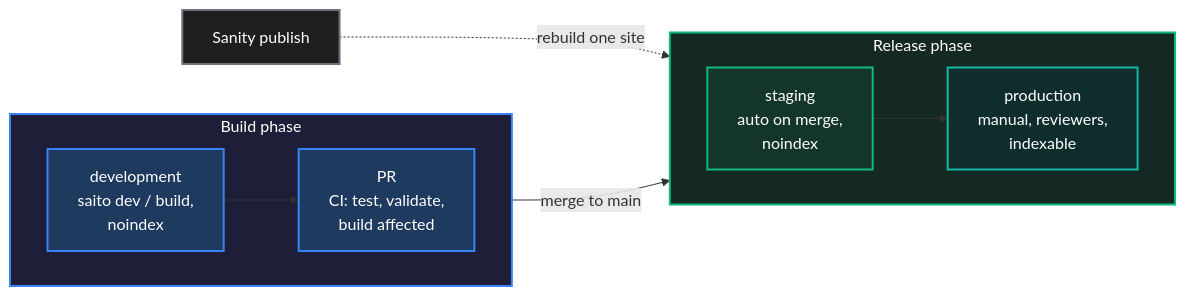
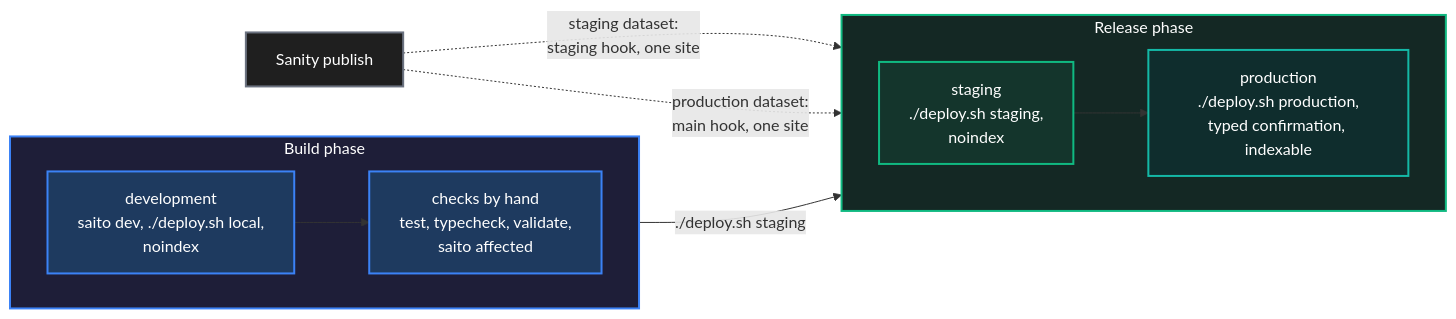
Diagram 18 of 21 in README.md (Gualtix/saito-builder), drawn with Mermaid before and after one commit. The commit also changed other lines of this file and 9 other files, not shown here.

Commit message:
fix: updated deploy.sh to local deploy

````diff
--- a/README.md
+++ b/README.md
@@ -747,26 +775,27 @@
 ```mermaid
 flowchart LR
   classDef blue  fill:#1e3a5f,stroke:#3b82f6,stroke-width:2px,color:#ffffff,filter:none
   classDef green fill:#14352c,stroke:#10b981,stroke-width:2px,color:#ffffff,filter:none
   classDef red   fill:#3b1a1a,stroke:#ef4444,stroke-width:2px,color:#ffffff,filter:none
   classDef teal  fill:#0f2d2d,stroke:#14b8a6,stroke-width:2px,color:#ffffff,filter:none
   classDef gray  fill:#1f1f1f,stroke:#6b7280,stroke-width:2px,color:#ffffff,filter:none
 
   subgraph Build["Build phase"]
     direction LR
-    L1["development<br>saito dev / build,<br>noindex"] --> L2["PR<br>CI: test, validate,<br>build affected"]
+    L1["development<br>saito dev, ./deploy.sh local,<br>noindex"] --> L2["checks by hand<br>test, typecheck, validate,<br>saito affected"]
   end
   subgraph Prod["Release phase"]
     direction LR
-    R1["staging<br>auto on merge,<br>noindex"] --> R2["production<br>manual, reviewers,<br>indexable"]
+    R1["staging<br>./deploy.sh staging,<br>noindex"] --> R2["production<br>./deploy.sh production,<br>typed confirmation, indexable"]
   end
-  L2 -->|"merge to main"| R1
-  CMS["Sanity publish"] -.->|"rebuild one site"| R2
+  L2 -->|"./deploy.sh staging"| R1
+  CMS["Sanity publish"] -.->|"staging dataset:<br>staging hook, one site"| R1
+  CMS -.->|"production dataset:<br>main hook, one site"| R2
 
   class L1,L2 blue
   class R1 green
   class R2 teal
   class CMS gray
   style Build fill:#1e1e38,stroke:#3b82f6,stroke-width:2px,color:#ffffff,filter:none
   style Prod fill:#142824,stroke:#10b981,stroke-width:2px,color:#ffffff,filter:none
 ```
````
